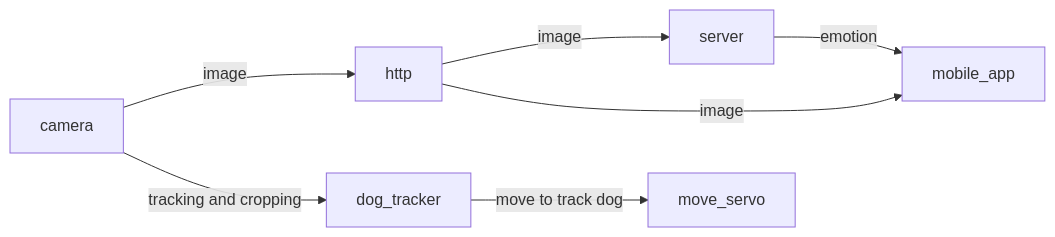
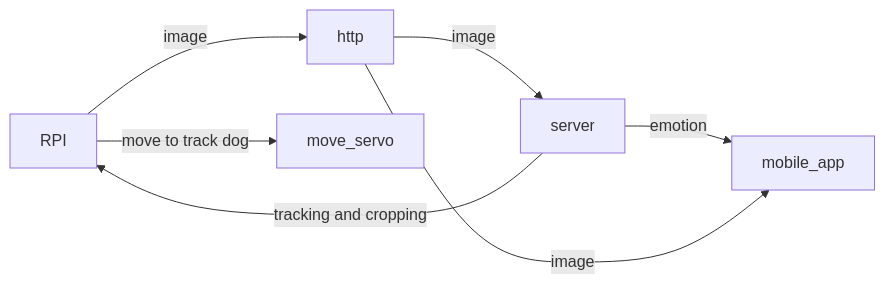
The second of 3 diagrams in docs/docs/camera/arch.md (zofiadrozdowska0/Doggy_monitor), drawn with Mermaid before and after one commit.

Commit message:
poprawki arch

````diff
--- a/docs/docs/camera/arch.md
+++ b/docs/docs/camera/arch.md
@@ -75,9 +75,9 @@
 ```mermaid
 flowchart LR
-    camera-- image -->http
+    RPI-- image -->http
     http-- image -->server
     server-- emotion -->mobile_app
     http-- image -->mobile_app
-    camera-- tracking and cropping -->dog_tracker
-    dog_tracker-- move to track dog -->move_servo
+    server-- tracking and cropping -->RPI
+    RPI-- move to track dog -->move_servo
 ```
````
